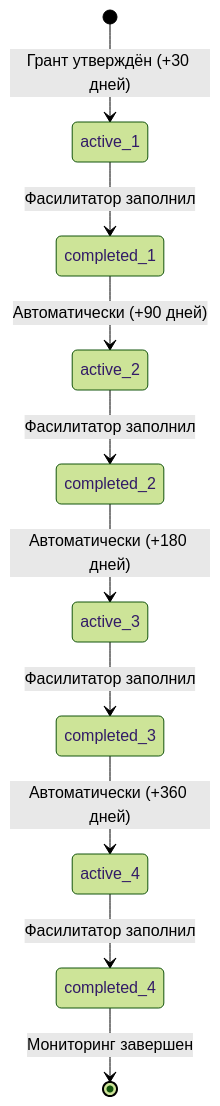
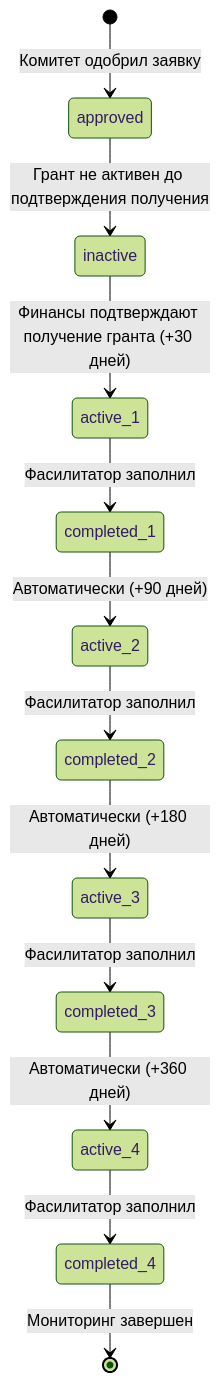
One commit to firka-kh/eip-test changed diagram 11 of 15 in docs/BUSINESS-PROCESSES.md. Above: the diagram before and after it, drawn with Mermaid (forest theme). The commit also changed other lines of this file and 6 other files, not shown here.

````diff
--- a/docs/BUSINESS-PROCESSES.md
+++ b/docs/BUSINESS-PROCESSES.md
@@ -451,12 +456,14 @@
 ```mermaid
 stateDiagram-v2
-    [*] --> active_1: Грант утверждён (+30 дней)
+    [*] --> approved: Комитет одобрил заявку
+    approved --> inactive: Грант не активен до подтверждения получения
+    inactive --> active_1: Финансы подтверждают получение гранта (+30 дней)
     active_1 --> completed_1: Фасилитатор заполнил
     completed_1 --> active_2: Автоматически (+90 дней)
     active_2 --> completed_2: Фасилитатор заполнил
     completed_2 --> active_3: Автоматически (+180 дней)
     active_3 --> completed_3: Фасилитатор заполнил
     completed_3 --> active_4: Автоматически (+360 дней)
     active_4 --> completed_4: Фасилитатор заполнил
     completed_4 --> [*]: Мониторинг завершен
 ```
````
